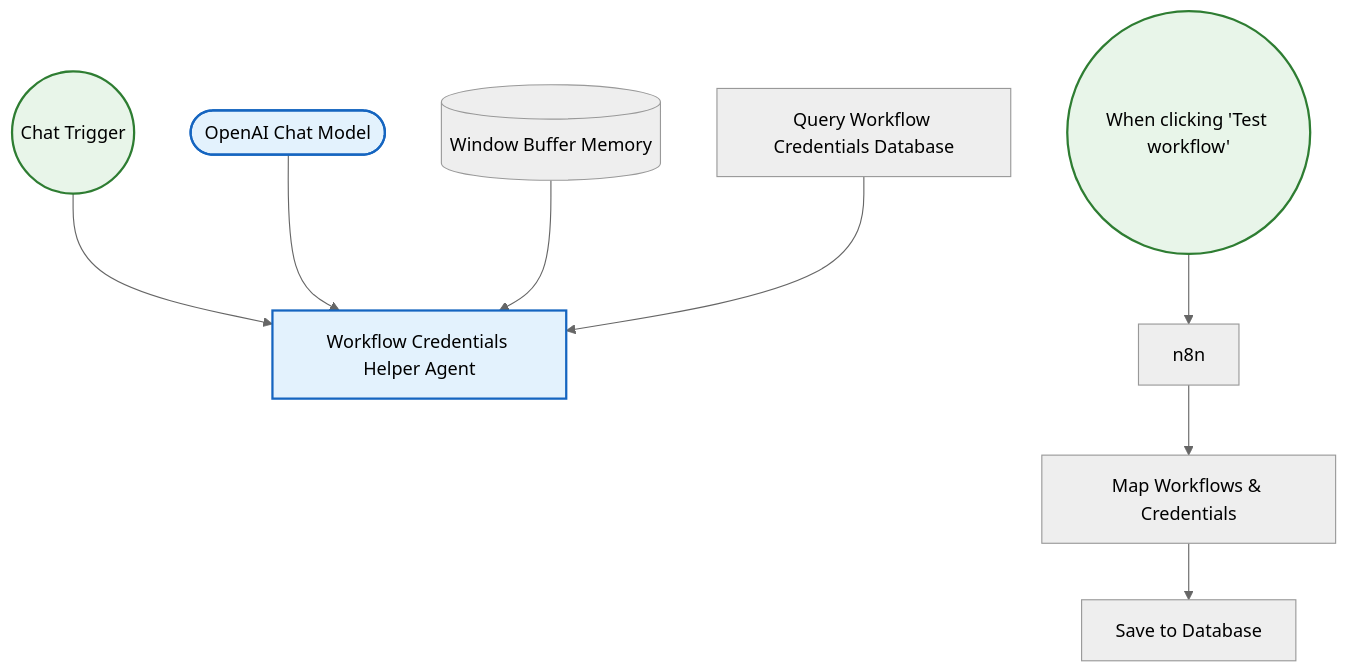
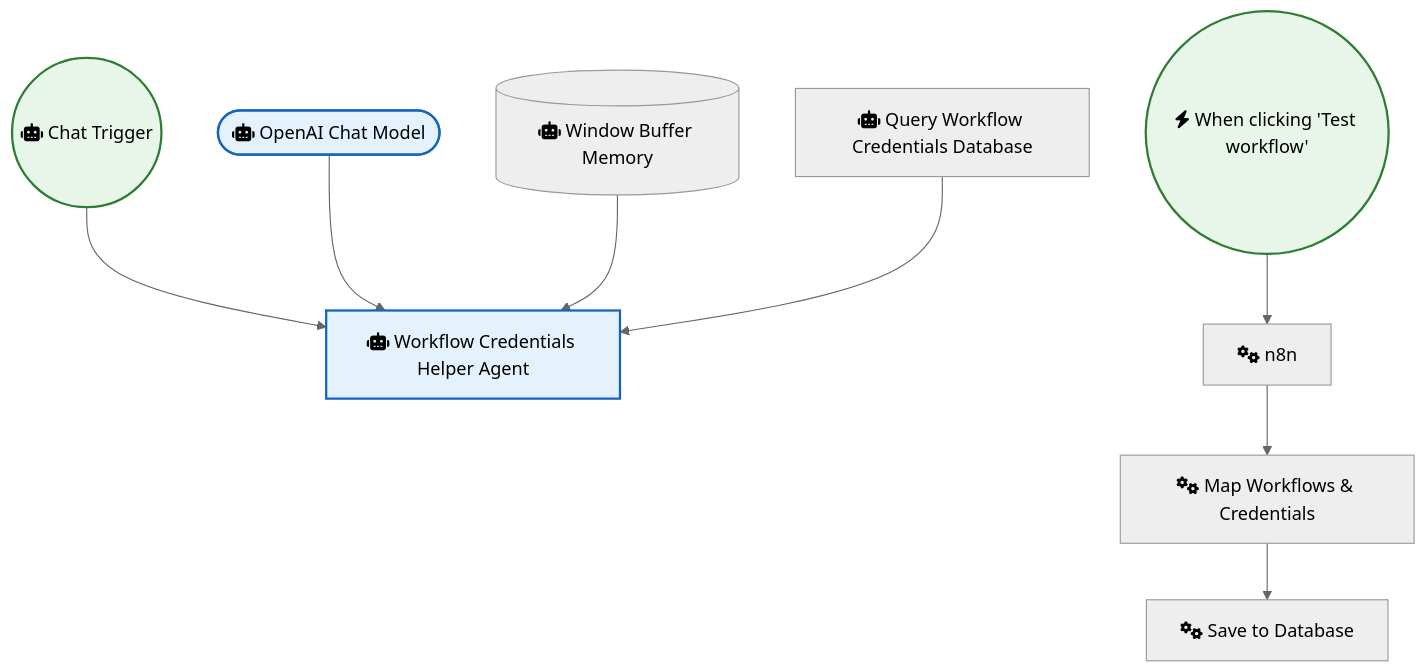
Before and after one commit to sreyash3105/N8N-DEMO-AUTOMATIONS: the diagram in OpenAI_and_LLMs/Query n8n Credentials with AI SQL Agent.md, drawn with Mermaid (neutral theme). The commit also changed 291 other files, not shown here.

````diff
--- a/OpenAI_and_LLMs/Query n8n Credentials with AI SQL Agent.md
+++ b/OpenAI_and_LLMs/Query n8n Credentials with AI SQL Agent.md
@@ -1,24 +1,24 @@
 ```mermaid
 graph TD
     classDef trigger fill:#e8f5e9,stroke:#2e7d32,stroke-width:2px;
     classDef ai fill:#e3f2fd,stroke:#1565c0,stroke-width:2px;
     classDef logic fill:#fff3e0,stroke:#ef6c00,stroke-width:2px;
 
-    When_clicking__Test_workflow_(("When clicking 'Test workflow'")):::trigger
-    Map_Workflows___Credentials["Map Workflows & Credentials"]
-    Save_to_Database["Save to Database"]
-    Chat_Trigger(("Chat Trigger")):::trigger
-    Query_Workflow_Credentials_Database["Query Workflow Credentials Database"]
-    OpenAI_Chat_Model(["OpenAI Chat Model"]):::ai
-    Window_Buffer_Memory[("Window Buffer Memory")]
-    Workflow_Credentials_Helper_Agent["Workflow Credentials Helper Agent"]:::ai
-    n8n["n8n"]
+    When_clicking__Test_workflow_(("fas:fa-bolt When clicking 'Test workflow'")):::trigger
+    Map_Workflows___Credentials["fas:fa-cogs Map Workflows & Credentials"]
+    Save_to_Database["fas:fa-cogs Save to Database"]
+    Chat_Trigger(("fas:fa-robot Chat Trigger")):::trigger
+    Query_Workflow_Credentials_Database["fas:fa-robot Query Workflow Credentials Database"]
+    OpenAI_Chat_Model(["fas:fa-robot OpenAI Chat Model"]):::ai
+    Window_Buffer_Memory[("fas:fa-robot Window Buffer Memory")]
+    Workflow_Credentials_Helper_Agent["fas:fa-robot Workflow Credentials Helper Agent"]:::ai
+    n8n["fas:fa-cogs n8n"]
 
     n8n --> Map_Workflows___Credentials
     Chat_Trigger --> Workflow_Credentials_Helper_Agent
     OpenAI_Chat_Model --> Workflow_Credentials_Helper_Agent
     Window_Buffer_Memory --> Workflow_Credentials_Helper_Agent
     Map_Workflows___Credentials --> Save_to_Database
     When_clicking__Test_workflow_ --> n8n
     Query_Workflow_Credentials_Database --> Workflow_Credentials_Helper_Agent
 ```
````
